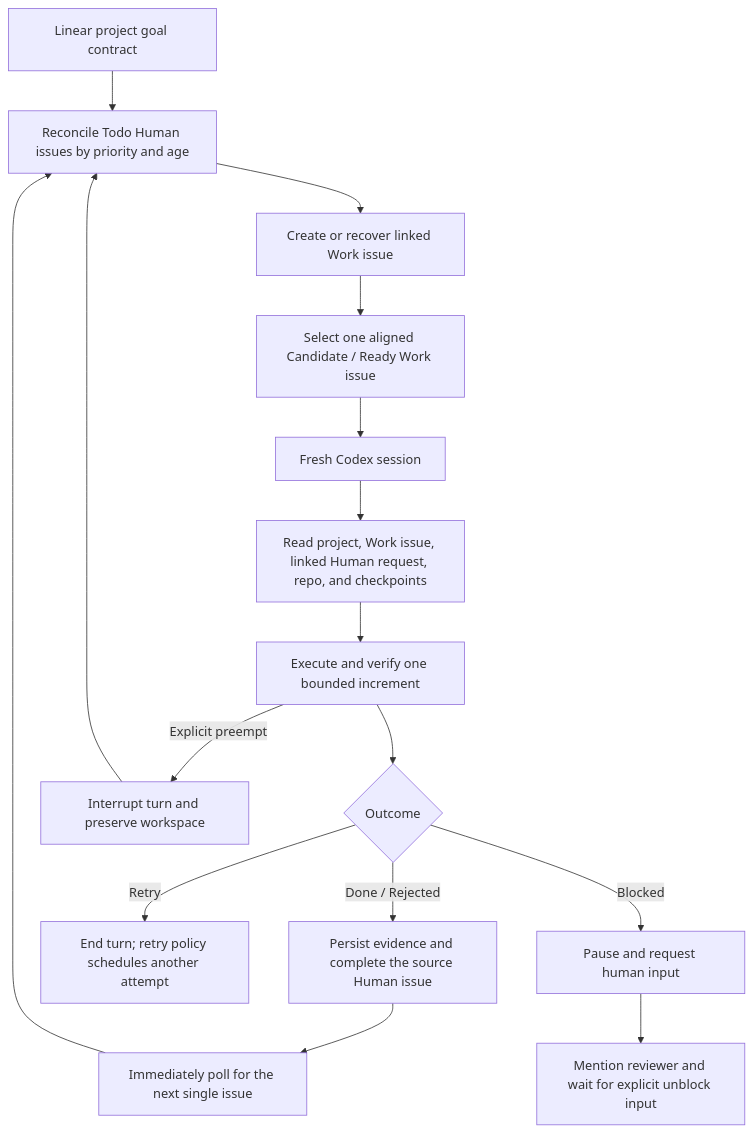
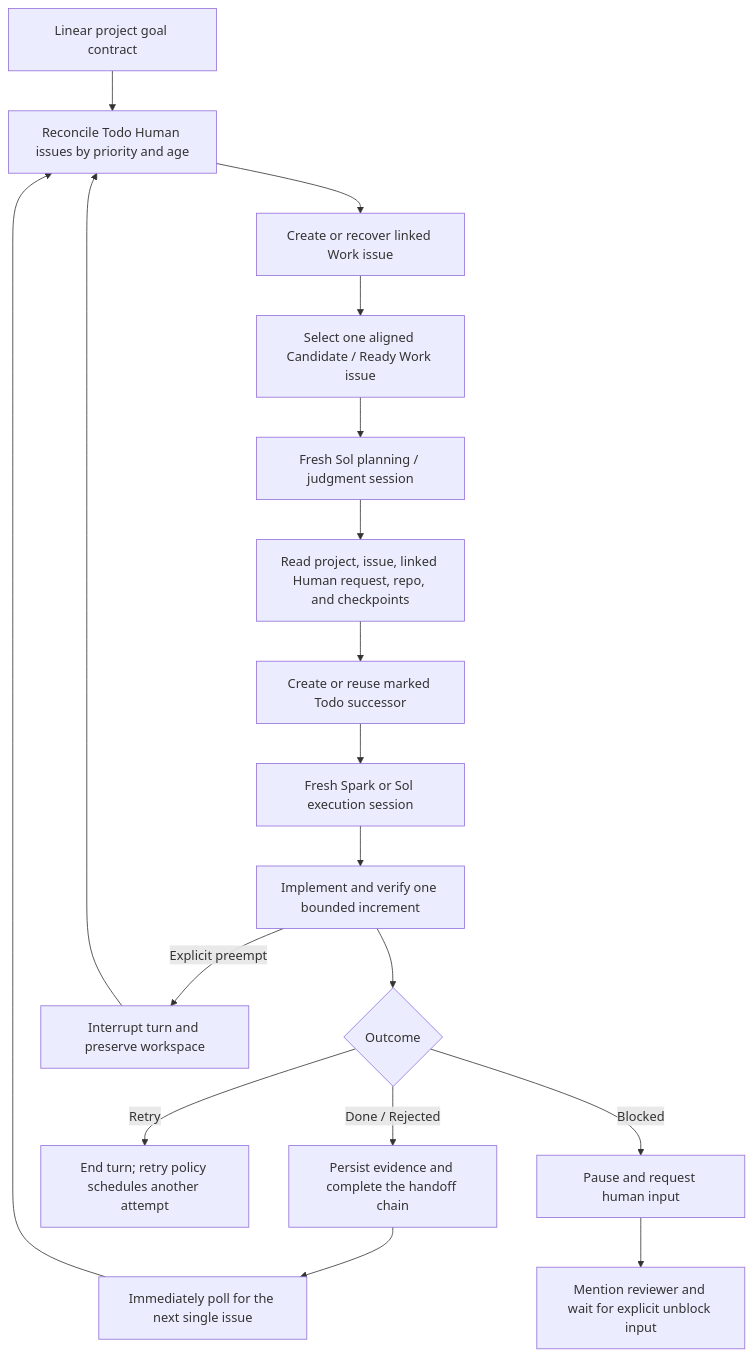
Before and after one commit to djm07073/loophony: the diagram in README.md, drawn with Mermaid. The commit also changed other lines of this file and 19 other files, not shown here.

First line of the commit message:
feat: add durable session issue handoffs

````diff
--- a/README.md
+++ b/README.md
@@ -306,18 +316,20 @@
 ```mermaid
 flowchart TD
     A["Linear project goal contract"] --> B["Reconcile Todo Human issues by priority and age"]
     B --> C["Create or recover linked Work issue"]
     C --> D["Select one aligned Candidate / Ready Work issue"]
-    D --> E["Fresh Codex session"]
-    E --> F["Read project, Work issue, linked Human request, repo, and checkpoints"]
-    F --> G["Execute and verify one bounded increment"]
-    G --> H{"Outcome"}
-    H -->|"Done / Rejected"| I["Persist evidence and complete the source Human issue"]
-    H -->|"Retry"| J["End turn; retry policy schedules another attempt"]
-    H -->|"Blocked"| K["Pause and request human input"]
-    G -->|"Explicit preempt"| L["Interrupt turn and preserve workspace"]
-    I --> M["Immediately poll for the next single issue"]
-    K --> N["Mention reviewer and wait for explicit unblock input"]
-    L --> B
-    M --> B
+    D --> E["Fresh Sol planning / judgment session"]
+    E --> F["Read project, issue, linked Human request, repo, and checkpoints"]
+    F --> G["Create or reuse marked Todo successor"]
+    G --> H["Fresh Spark or Sol execution session"]
+    H --> I["Implement and verify one bounded increment"]
+    I --> J{"Outcome"}
+    J -->|"Done / Rejected"| K["Persist evidence and complete the handoff chain"]
+    J -->|"Retry"| L["End turn; retry policy schedules another attempt"]
+    J -->|"Blocked"| M["Pause and request human input"]
+    I -->|"Explicit preempt"| N["Interrupt turn and preserve workspace"]
+    K --> O["Immediately poll for the next single issue"]
+    M --> P["Mention reviewer and wait for explicit unblock input"]
+    N --> B
+    O --> B
 ```
````
